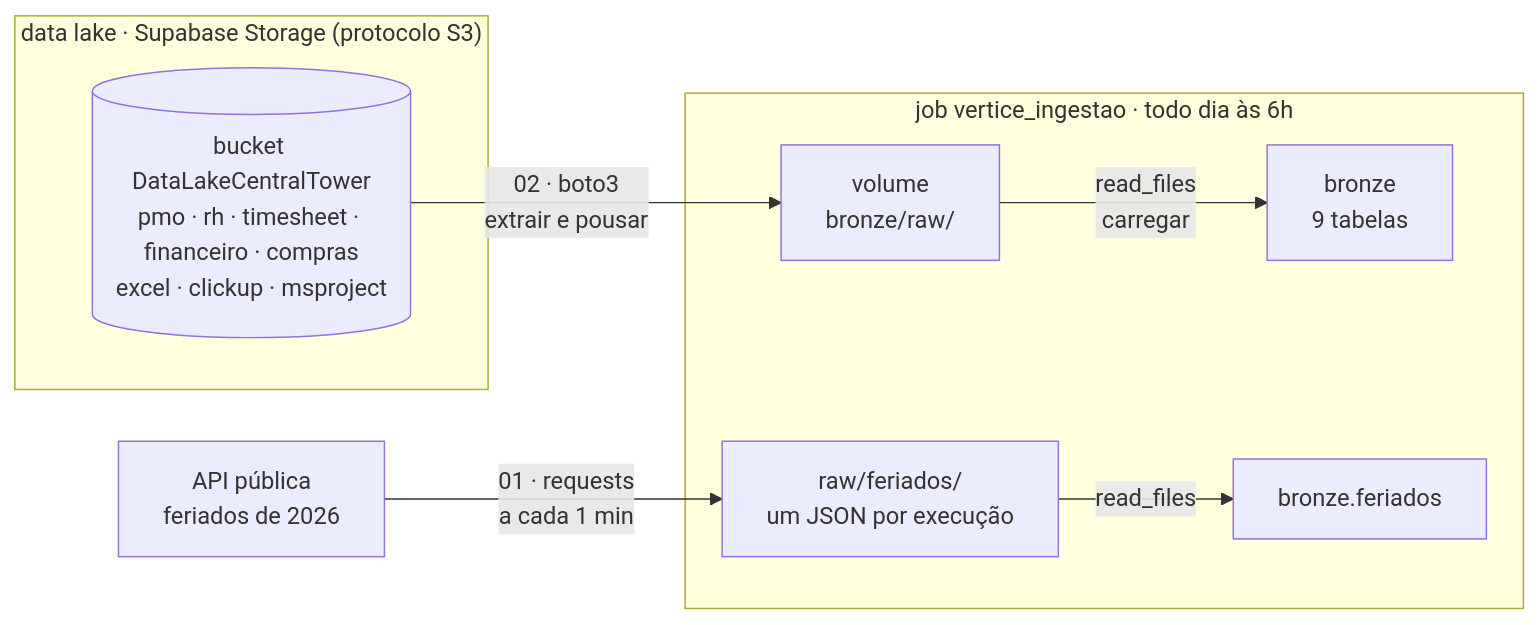
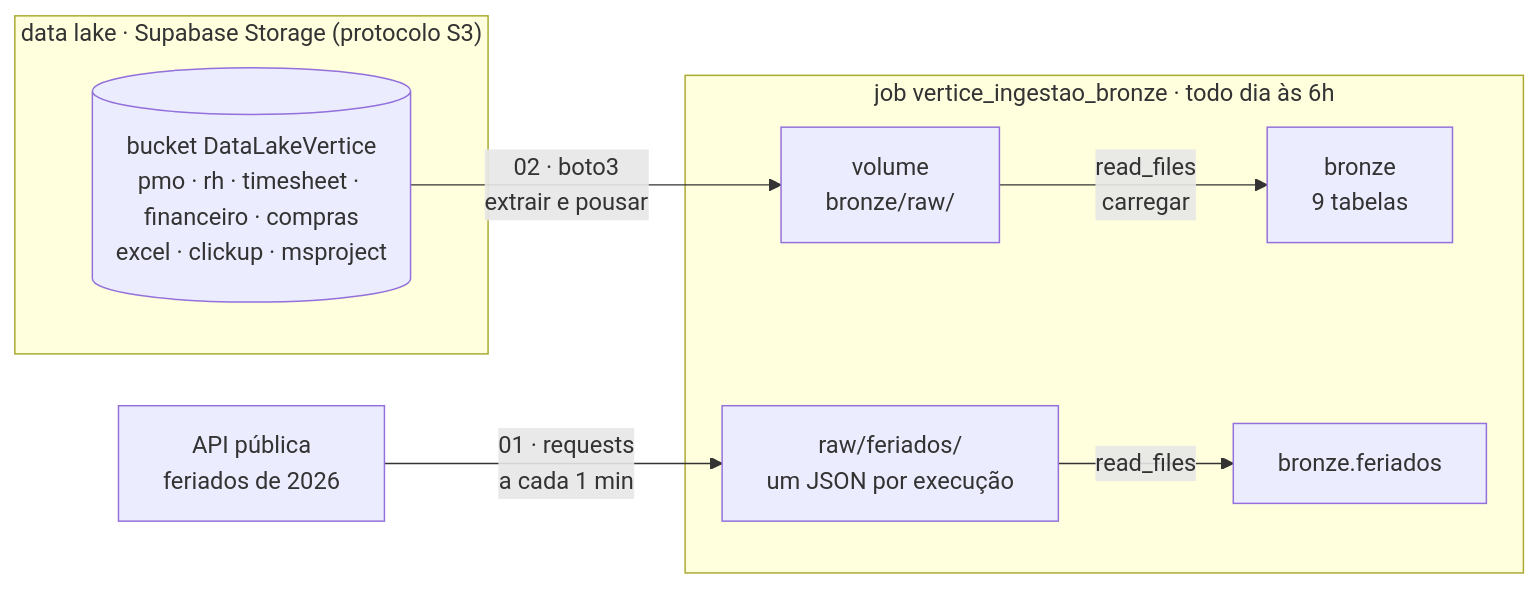
One commit to lucianosv/ImersaoControlTower changed the first of 2 diagrams in aulas/aula-02-python-engenheiro/README.md. Above: the diagram before and after it, drawn with Mermaid. The commit also changed other lines of this file and 11 other files, not shown here.

````diff
--- a/aulas/aula-02-python-engenheiro/README.md
+++ b/aulas/aula-02-python-engenheiro/README.md
@@ -20,16 +20,16 @@
 ```mermaid
 flowchart LR
   subgraph LAKE["data lake · Supabase Storage (protocolo S3)"]
-    B[("bucket DataLakeCentralTower<br/>pmo · rh · timesheet · financeiro · compras<br/>excel · clickup · msproject")]
+    B[("bucket DataLakeVertice<br/>pmo · rh · timesheet · financeiro · compras<br/>excel · clickup · msproject")]
   end
   API["API pública<br/>feriados de 2026"]
   B -- "02 · boto3<br/>extrair e pousar" --> RAW["volume<br/>bronze/raw/"]
   RAW -- "read_files<br/>carregar" --> BR["bronze<br/>9 tabelas"]
   API -- "01 · requests<br/>a cada 1 min" --> RAWF["raw/feriados/<br/>um JSON por execução"] -- "read_files" --> BF["bronze.feriados"]
-  subgraph JOB["job vertice_ingestao · todo dia às 6h"]
+  subgraph JOB["job vertice_ingestao_bronze · todo dia às 6h"]
     RAW
     BR
     RAWF
     BF
   end
 ```
````
